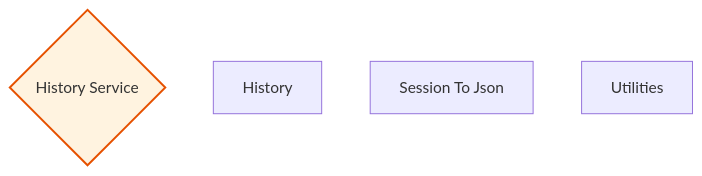
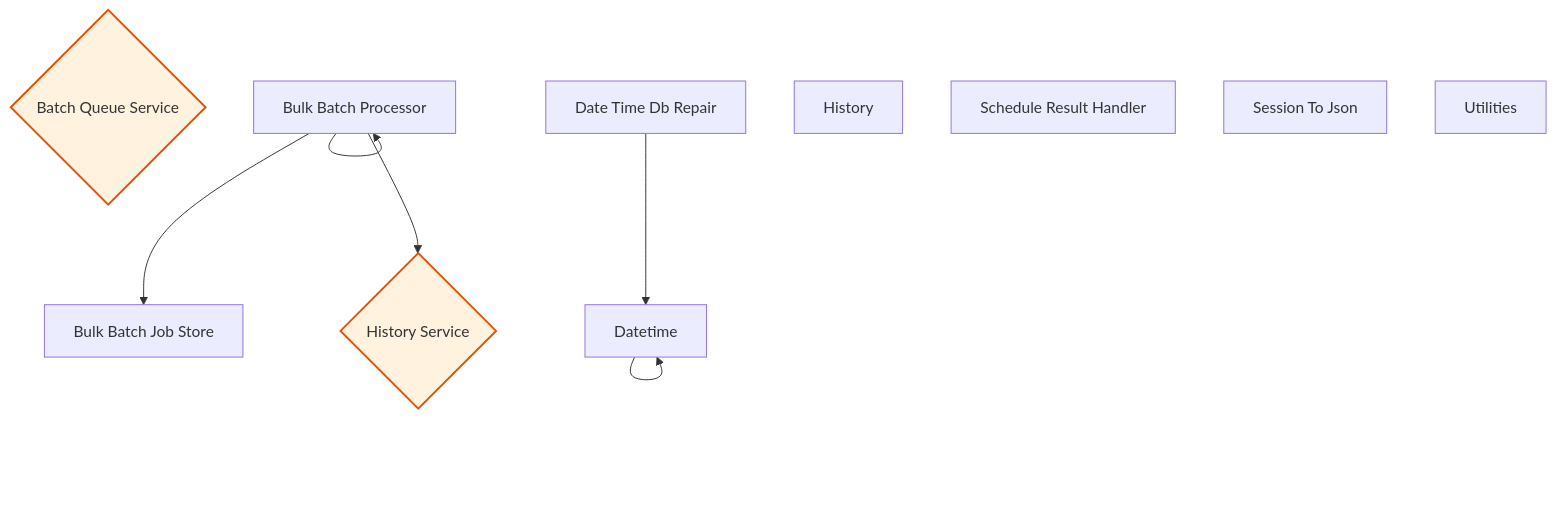
Before and after one commit to rpnunez/wp-ai-scheduler: diagram 19 of 19 in docs/feature-report.md, drawn with Mermaid. The commit also changed other lines of this file and 1 other file, not shown here.

````diff
--- a/docs/feature-report.md
+++ b/docs/feature-report.md
@@ -895,15 +905,26 @@
 ```mermaid
 flowchart TD
     %% Utilities Architecture
 
+    Batch_Queue_Service{"Batch Queue Service"}
+    Bulk_Batch_Job_Store["Bulk Batch Job Store"]
+    Bulk_Batch_Processor["Bulk Batch Processor"]
+    Date_Time_DB_Repair["Date Time Db Repair"]
+    DateTime["Datetime"]
     History_Service{"History Service"}
     History["History"]
+    Schedule_Result_Handler["Schedule Result Handler"]
     Session_To_JSON["Session To Json"]
     Utilities["Utilities"]
 
+    Bulk_Batch_Processor --> Bulk_Batch_Job_Store
+    Bulk_Batch_Processor --> Bulk_Batch_Processor
+    Bulk_Batch_Processor --> History_Service
+    Date_Time_DB_Repair --> DateTime
+    DateTime --> DateTime
 
     classDef repository fill:#e1f5ff,stroke:#01579b,stroke-width:2px
     classDef service fill:#fff3e0,stroke:#e65100,stroke-width:2px
     classDef controller fill:#f3e5f5,stroke:#4a148c,stroke-width:2px
-    class History_Service service
+    class Batch_Queue_Service,History_Service service
 ```
````
